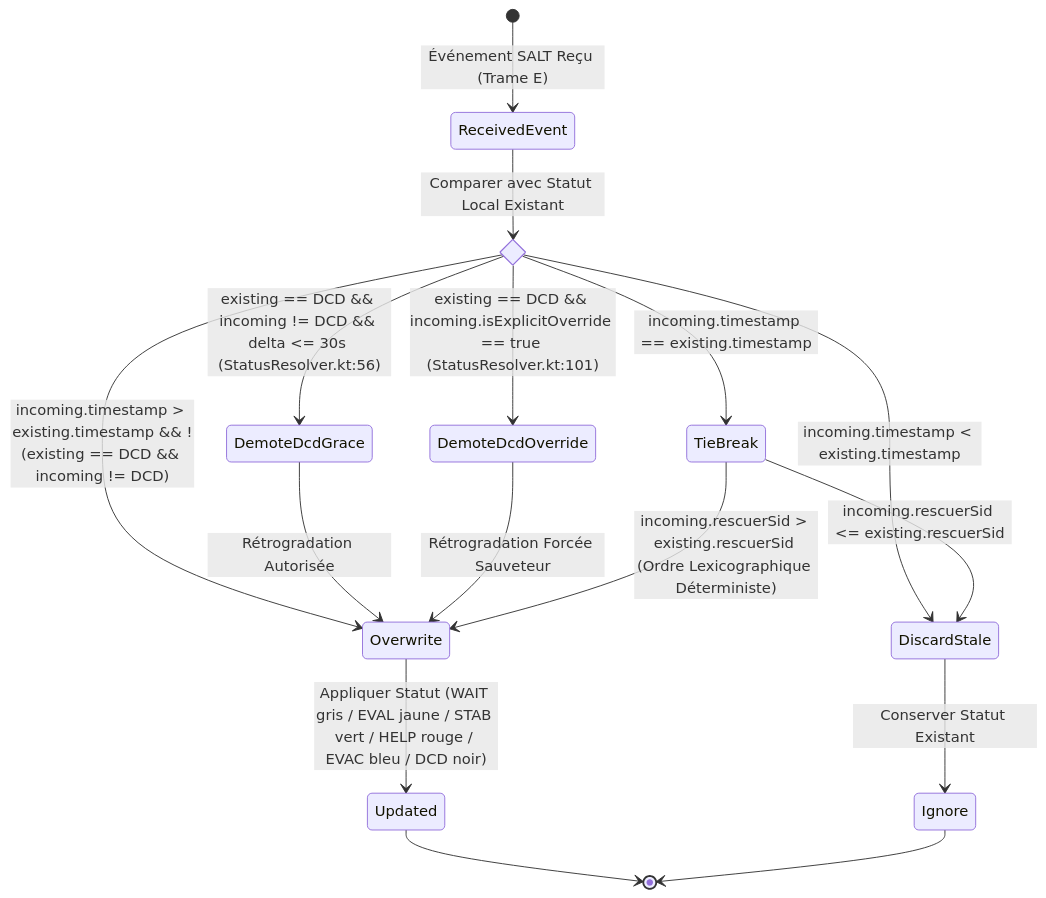
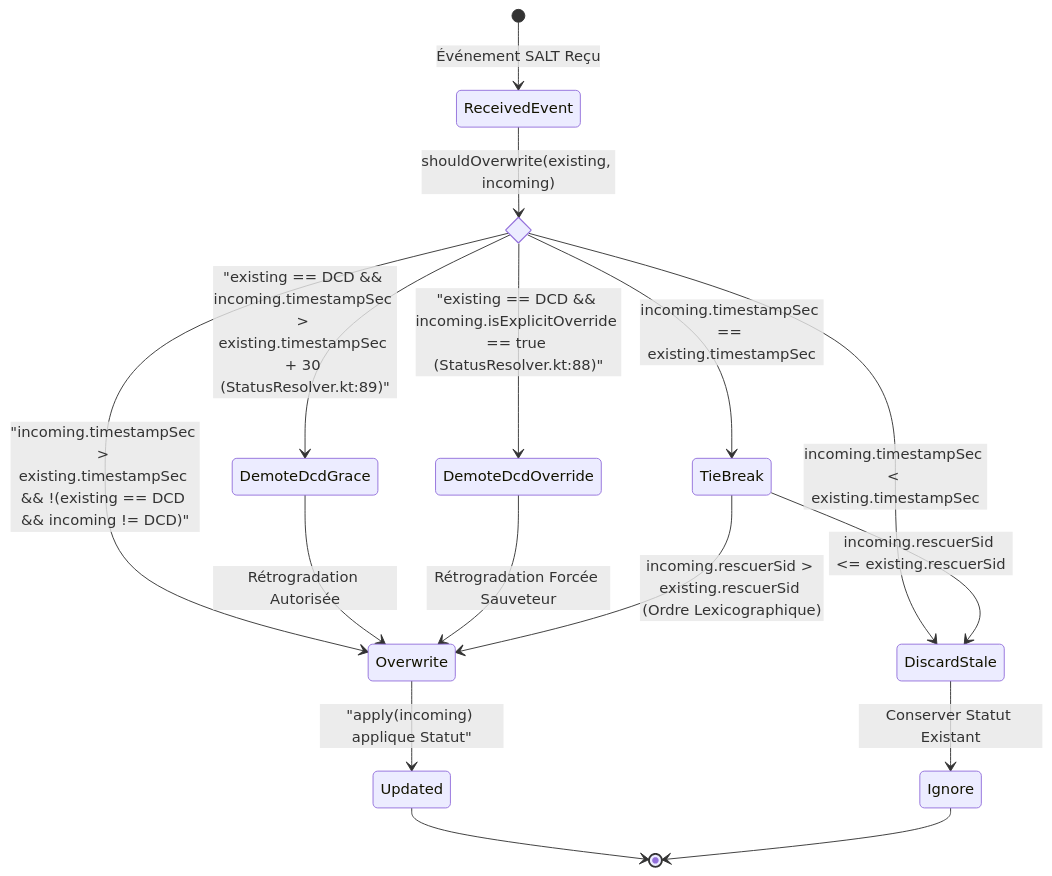
Diagram 11 of 21 in docs/DOCUMENTATION_UML_FONCTIONNELLE.md (kurodohenroonsen/JemmaPass), drawn with Mermaid before and after one commit. The commit also changed other lines of this file and 1 other file, not shown here.

````diff
--- a/docs/DOCUMENTATION_UML_FONCTIONNELLE.md
+++ b/docs/DOCUMENTATION_UML_FONCTIONNELLE.md
@@ -575,23 +582,23 @@
 ```mermaid
 stateDiagram-v2
-    [*] --> ReceivedEvent : Événement SALT Reçu (Trame E)
+    [*] --> ReceivedEvent : Événement SALT Reçu
     
     state Decision <<choice>>
-    ReceivedEvent --> Decision : Comparer avec Statut Local Existant
+    ReceivedEvent --> Decision : shouldOverwrite(existing, incoming)
 
-    Decision --> Overwrite : incoming.timestamp > existing.timestamp && !(existing == DCD && incoming != DCD)
-    Decision --> DemoteDcdGrace : existing == DCD && incoming != DCD && delta <= 30s (StatusResolver.kt:56)
-    Decision --> DemoteDcdOverride : existing == DCD && incoming.isExplicitOverride == true (StatusResolver.kt:101)
-    Decision --> DiscardStale : incoming.timestamp < existing.timestamp
-    Decision --> TieBreak : incoming.timestamp == existing.timestamp
+    Decision --> Overwrite : "incoming.timestampSec > existing.timestampSec && !(existing == DCD && incoming != DCD)"
+    Decision --> DemoteDcdGrace : "existing == DCD && incoming.timestampSec > existing.timestampSec + 30 (StatusResolver.kt:89)"
+    Decision --> DemoteDcdOverride : "existing == DCD && incoming.isExplicitOverride == true (StatusResolver.kt:88)"
+    Decision --> DiscardStale : incoming.timestampSec < existing.timestampSec
+    Decision --> TieBreak : incoming.timestampSec == existing.timestampSec
 
     DemoteDcdGrace --> Overwrite : Rétrogradation Autorisée
     DemoteDcdOverride --> Overwrite : Rétrogradation Forcée Sauveteur
-    TieBreak --> Overwrite : incoming.rescuerSid > existing.rescuerSid (Ordre Lexicographique Déterministe)
+    TieBreak --> Overwrite : incoming.rescuerSid > existing.rescuerSid (Ordre Lexicographique)
     TieBreak --> DiscardStale : incoming.rescuerSid <= existing.rescuerSid
 
-    Overwrite --> Updated : Appliquer Statut (WAIT gris / EVAL jaune / STAB vert / HELP rouge / EVAC bleu / DCD noir)
+    Overwrite --> Updated : "apply(incoming) applique Statut"
     DiscardStale --> Ignore : Conserver Statut Existant
     Updated --> [*]
     Ignore --> [*]
 ```
````
